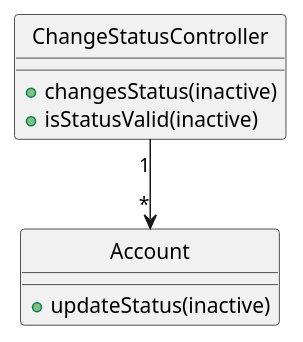
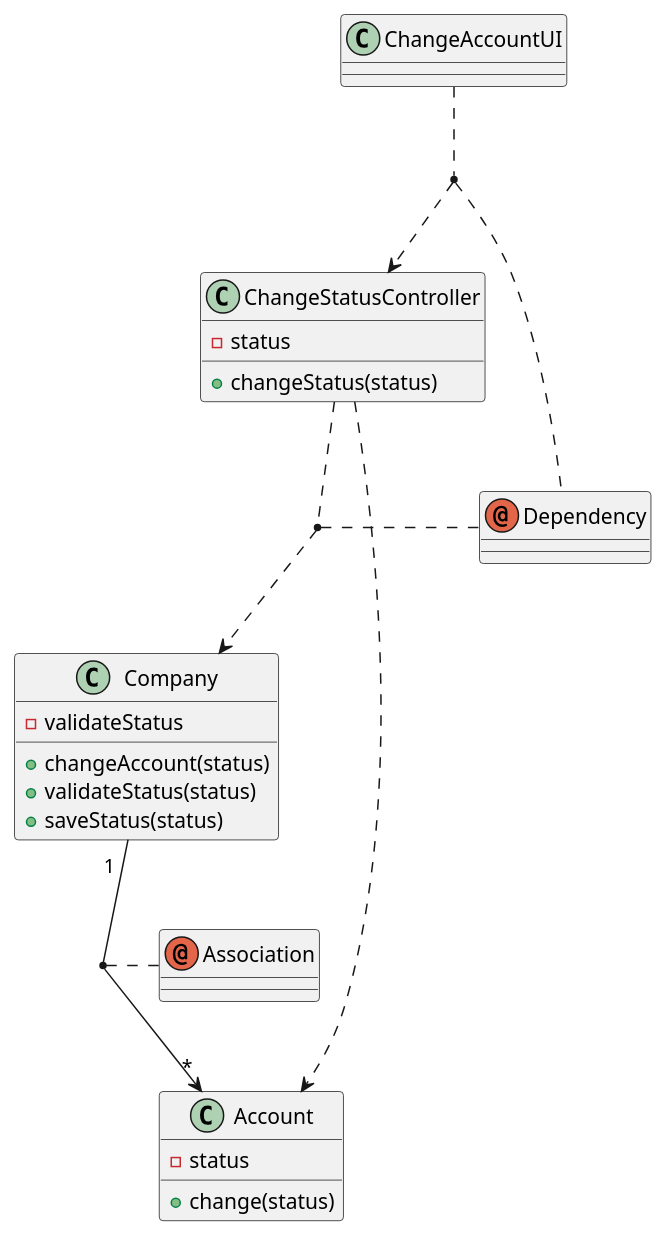
Before and after one commit to Loracline/project_switch_22-23: the diagram in docs/modelling_design/user_stories/us005/US005_Class_Diagram.puml, drawn with PlantUML. The commit also changed 1 other file, not shown here.

Commit message:
US 005: Project: OO Design US number: 005 Discipline/phase: OO Design. Use cases:update Sequence Diagram and Class Diagram.

```diff
--- a/docs/modelling_design/user_stories/us005/US005_Class_Diagram.puml
+++ b/docs/modelling_design/user_stories/us005/US005_Class_Diagram.puml
@@ -1,20 +1,37 @@
 @startuml
 'https://plantuml.com/class-diagram
 
-class Account
-class ChangeStatusController
-hide ChangeStatusController circle
-hide Account circle
+class "ChangeAccountUI"
+class "ChangeStatusController"
+class "Company"
+class "Account"
+annotation "Dependency"
+annotation "Association"
 
-ChangeStatusController "1" -->"*"Account
+"ChangeAccountUI" ..> "ChangeStatusController"
+"ChangeStatusController"  ..> "Company"
+"ChangeStatusController" ..> "Account"
+"Company" "1  " -->"*" "Account"
 
-class ChangeStatusController{
-+changesStatus(inactive)
-+isStatusValid(inactive)
+("ChangeAccountUI", "ChangeStatusController") . "Dependency"
+("Company", "ChangeStatusController") . "Dependency"
+("Company", "Account") . "Association"
+
+
+class "Company"{
++changeAccount(status)
++validateStatus(status)
++saveStatus(status)
+-validateStatus
 }
+class "ChangeStatusController"{
++changeStatus(status)
+-status
+}
+
 class Account{
-
-+ updateStatus(inactive)
++ change(status)
+-status
 }
 
 @enduml
```
